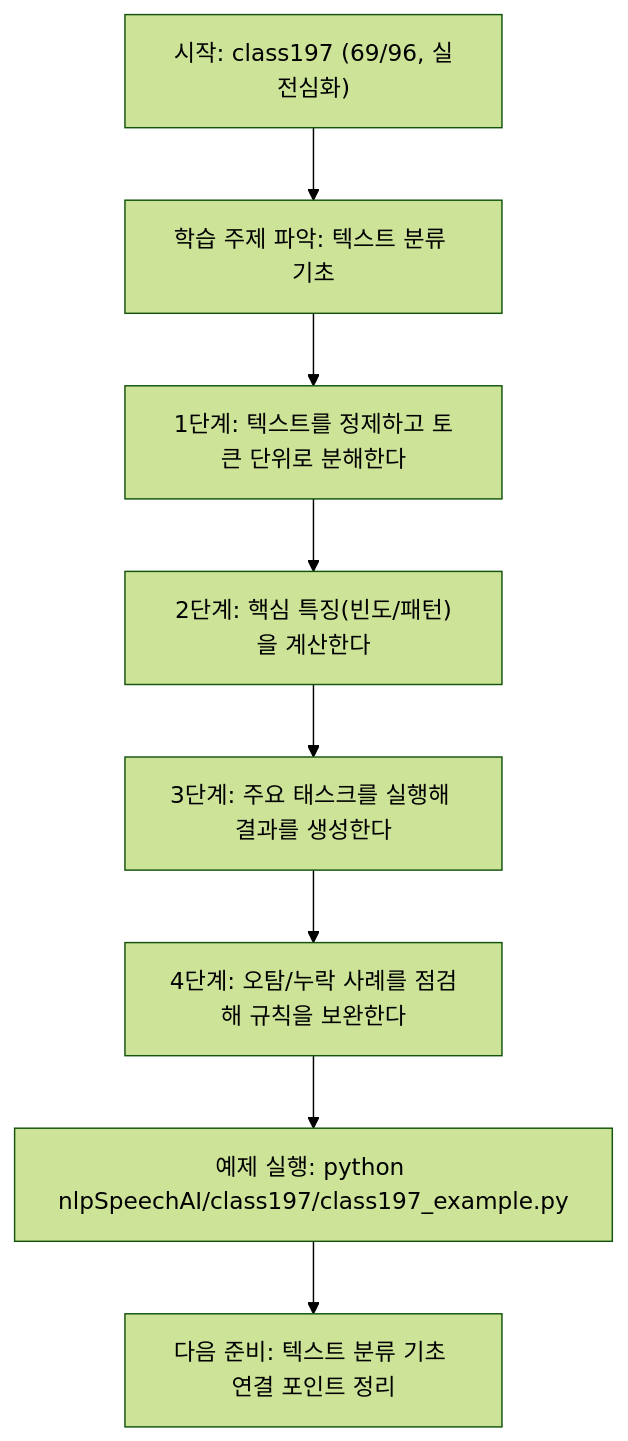
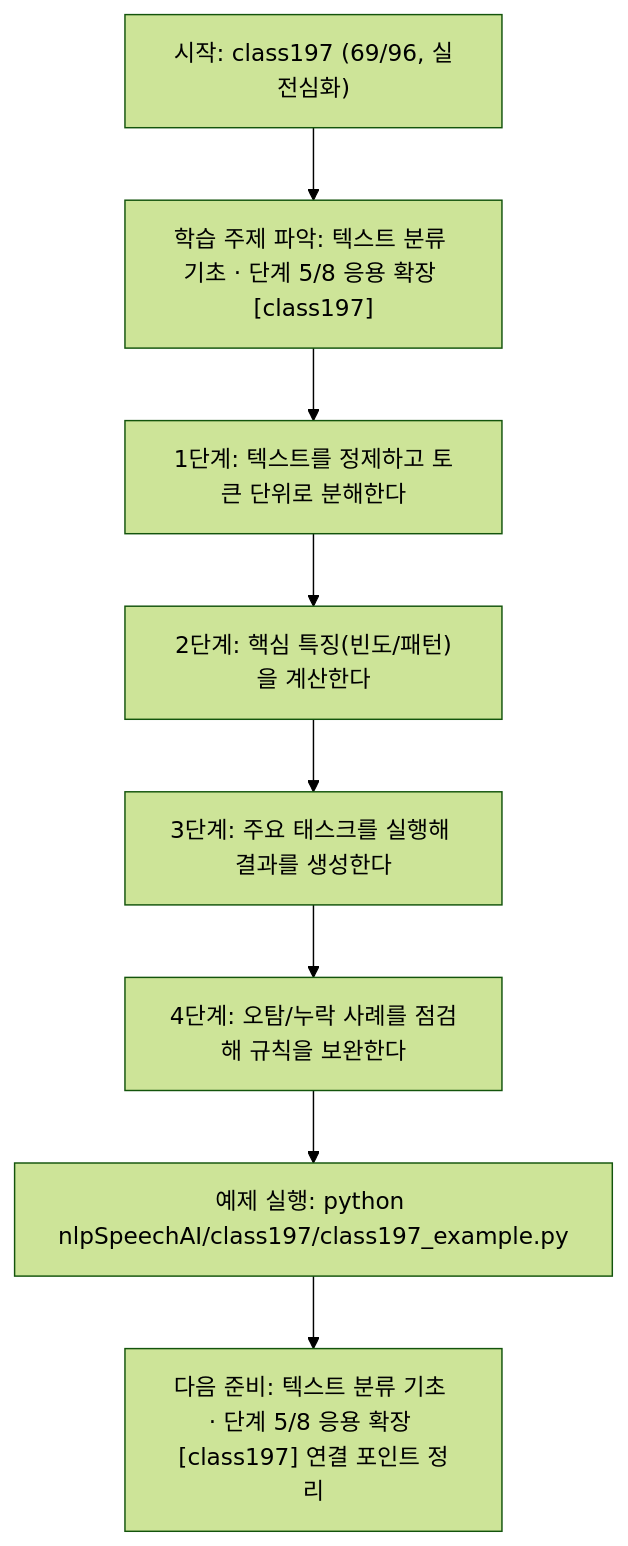
Before and after one commit to edumgt/Python-AI_Agent-Class: the diagram in nlpSpeechAI/class197/class197.md, drawn with Mermaid (forest theme). The commit also changed other lines of this file and 522 other files, not shown here.

````diff
--- a/nlpSpeechAI/class197/class197.md
+++ b/nlpSpeechAI/class197/class197.md
@@ -113,18 +114,18 @@
 ```mermaid
 flowchart TD
 N1["시작: class197 (69/96, 실전심화)"]
-N2["학습 주제 파악: 텍스트 분류 기초"]
+N2["학습 주제 파악: 텍스트 분류 기초 · 단계 5/8 응용 확장 [class197]"]
 N3["1단계: 텍스트를 정제하고 토큰 단위로 분해한다"]
 N4["2단계: 핵심 특징(빈도/패턴)을 계산한다"]
 N5["3단계: 주요 태스크를 실행해 결과를 생성한다"]
 N6["4단계: 오탐/누락 사례를 점검해 규칙을 보완한다"]
 N7["예제 실행: python nlpSpeechAI/class197/class197_example.py"]
-N8["다음 준비: 텍스트 분류 기초 연결 포인트 정리"]
+N8["다음 준비: 텍스트 분류 기초 · 단계 5/8 응용 확장 [class197] 연결 포인트 정리"]
 N1 --> N2
 N2 --> N3
 N3 --> N4
 N4 --> N5
 N5 --> N6
 N6 --> N7
 N7 --> N8
 ```
````
